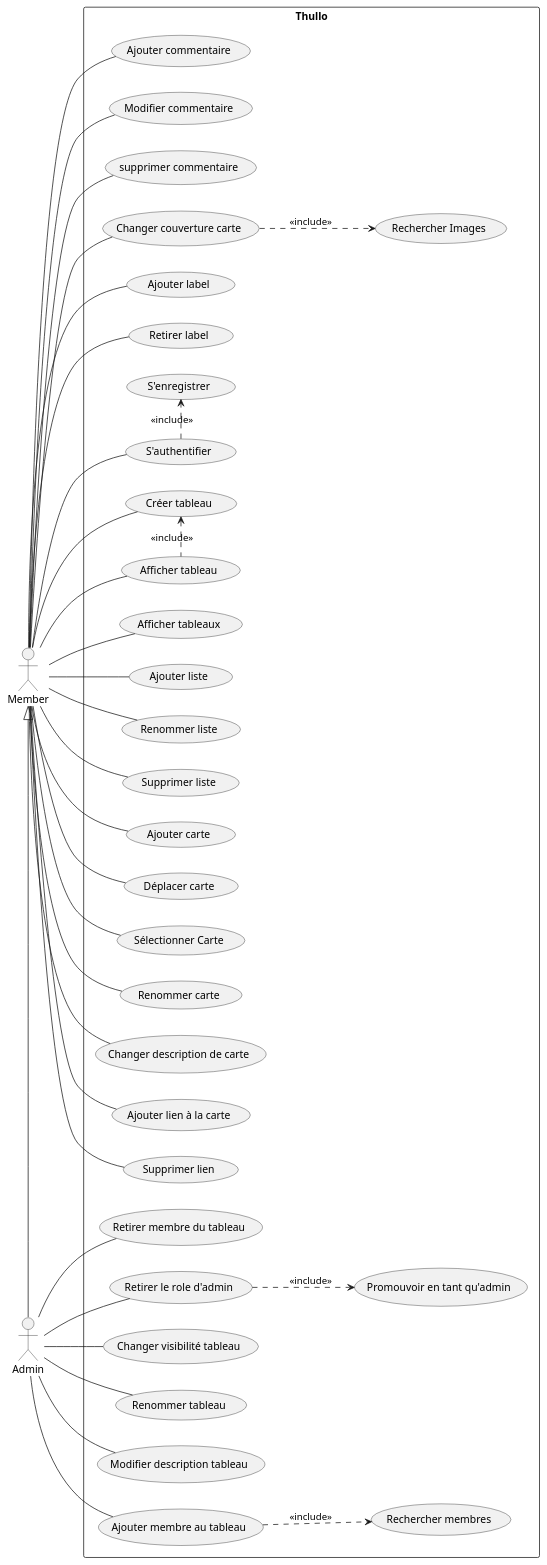
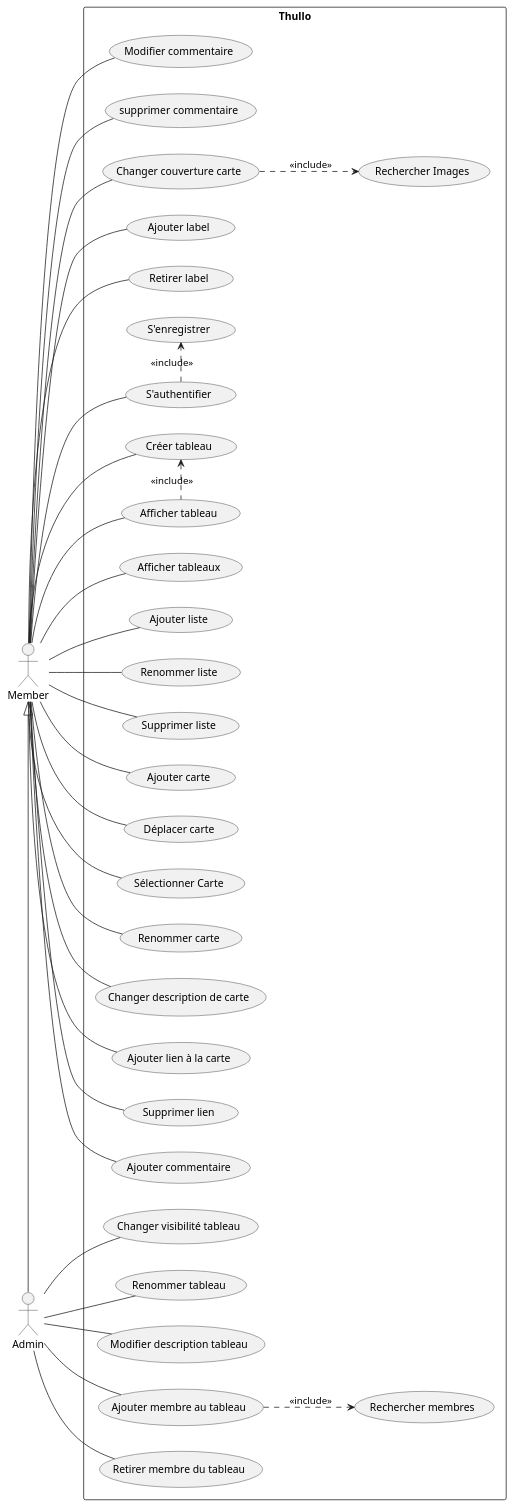
One commit to Fredkiss3/thullo changed the diagram in packages/domain/uml/usecases.puml. Above: the diagram before and after it, drawn with PlantUML. The commit also changed 1 other file, not shown here.

```diff
--- a/packages/domain/uml/usecases.puml
+++ b/packages/domain/uml/usecases.puml
@@ -1,80 +1,80 @@
 @startuml
 'https://plantuml.com/use-case-diagram
 :Member: as member
 :Admin: as admin
 
 left to right direction
 
 rectangle Thullo {
     (S'enregistrer) as (register)
     (S'authentifier) as (auth)
 
     (Afficher tableaux) as (seeAllBoards)
     (Créer tableau) as (addBoard)
     (Afficher tableau) as (seeBoard)
     (Changer visibilité tableau) as (setBoardVisibility)
     (Renommer tableau) as (renameBoard)
     (Modifier description tableau) as (updateBoardDescription)
 
     (Rechercher membres) as (searchMembers)
     (Ajouter membre au tableau) as (inviteMemberToBoard)
     (Retirer membre du tableau) as (removeMemberFromBoard)
-    (Promouvoir en tant qu'admin) as (GrantAdminRole)
-    (Retirer le role d'admin) as (RemoveAdminRole)
+'    (Promouvoir en tant qu'admin) as (GrantAdminRole)
+'    (Retirer le role d'admin) as (RemoveAdminRole)
     
     (Ajouter liste) as (addList)
     (Renommer liste) as (renameList)
     (Supprimer liste) as (deleteList)
 
     (Ajouter carte) as (addCard)
     (Déplacer carte) as (moveCard)
     (Sélectionner Carte) as (seeCardDetails)
     (Renommer carte) as (renameCard)
     (Changer description de carte) as (updateCardDescription)
     (Ajouter lien à la carte) as (addAttachement)
     (Supprimer lien) as (deleteAttachement)
     (Ajouter commentaire) as (addComment)
     (Modifier commentaire) as (updateComment)
     (supprimer commentaire) as (deleteComment)
     (Changer couverture carte) as (updateCardCover)
     (Rechercher Images) as (searchImages)
     (Ajouter label) as (addLabelToCard)
     (Retirer label) as (removeLabelFromCard)
 
     (register) <.left. (auth) : << include >>
     (seeBoard) .left.> (addBoard): << include >>
     (inviteMemberToBoard) ..> (searchMembers) : << include >>
 
     member -- (auth)
     member -- (seeAllBoards)
     member -- (seeBoard)
     member -- (addBoard)
     member -- (addList)
     member -- (renameList)
     member -- (deleteList)
     member -- (addCard)
     member -- (moveCard)
     member -- (renameCard)
     member -- (seeCardDetails)
     member -- (addComment)
     member -- (updateComment)
     member -- (deleteComment)
     member -- (addLabelToCard)
     member -- (removeLabelFromCard)
     member -- (updateCardDescription)
     member -- (updateCardCover)
     (updateCardCover) ..> (searchImages) : << include >>
     member -- (addAttachement)
     member -- (deleteAttachement)
 
     admin -- (removeMemberFromBoard)
-    admin -- (RemoveAdminRole)
-    (RemoveAdminRole) ..> (GrantAdminRole): << include >>
+'    admin -- (RemoveAdminRole)
+'    (RemoveAdminRole) ..> (GrantAdminRole): << include >>
     admin -- (renameBoard)
     admin -- (updateBoardDescription)
     admin -- (inviteMemberToBoard)
     admin -- (setBoardVisibility)
 
     member <|-right- admin
  }
 @enduml
```
